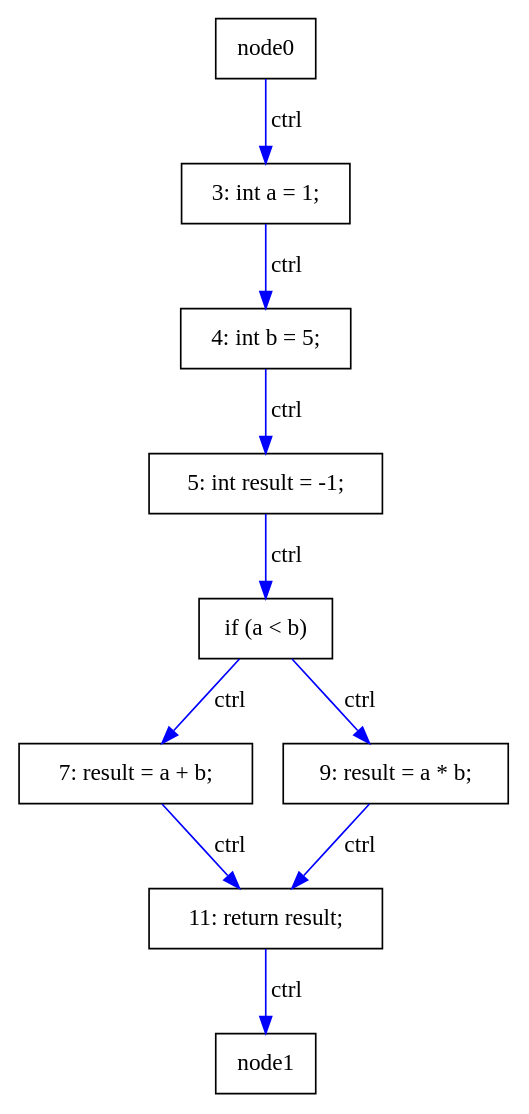
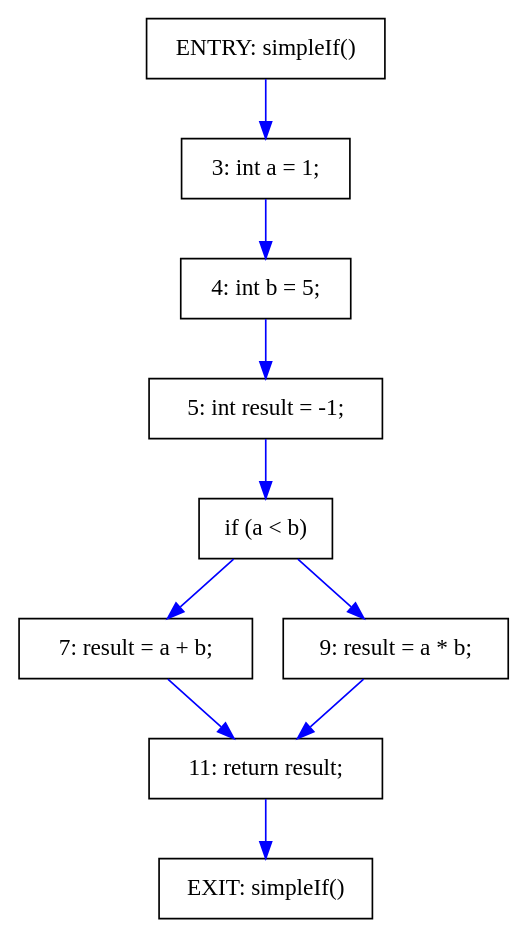
The diagram in results/SimpleIf.dot (khaser/java-pdg), drawn with Graphviz before and after one commit. The commit also changed 21 other files, not shown here.

```diff
--- a/results/SimpleIf.dot
+++ b/results/SimpleIf.dot
@@ -1,22 +1,24 @@
 digraph PDG {
   rankdir=TB;
   node [shape=box];
 
+  node0 [label="ENTRY: simpleIf()"];
+  node1 [label="EXIT: simpleIf()"];
   node2 [label="3: int a = 1;"];
   node3 [label="4: int b = 5;"];
   node4 [label="5: int result = -1;"];
   node5 [label="if (a < b)"];
   node6 [label="7: result = a + b;"];
   node7 [label="9: result = a * b;"];
   node8 [label="11: return result;"];
 
-  node5 -> node6 [label="ctrl", color=blue];
-  node5 -> node7 [label="ctrl", color=blue];
-  node0 -> node2 [label="ctrl", color=blue];
-  node2 -> node3 [label="ctrl", color=blue];
-  node3 -> node4 [label="ctrl", color=blue];
-  node4 -> node5 [label="ctrl", color=blue];
-  node6 -> node8 [label="ctrl", color=blue];
-  node7 -> node8 [label="ctrl", color=blue];
-  node8 -> node1 [label="ctrl", color=blue];
+  node5 -> node6 [label="", color=blue];
+  node5 -> node7 [label="", color=blue];
+  node0 -> node2 [label="", color=blue];
+  node2 -> node3 [label="", color=blue];
+  node3 -> node4 [label="", color=blue];
+  node4 -> node5 [label="", color=blue];
+  node6 -> node8 [label="", color=blue];
+  node7 -> node8 [label="", color=blue];
+  node8 -> node1 [label="", color=blue];
 }
```
